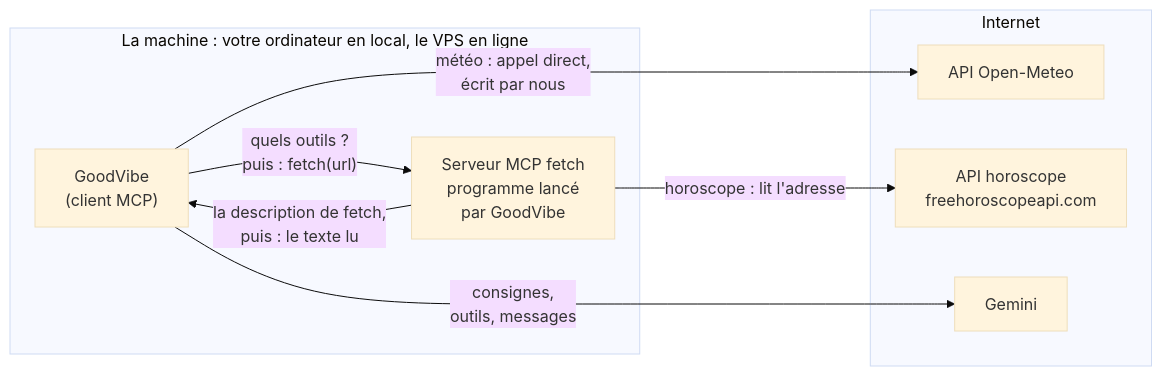
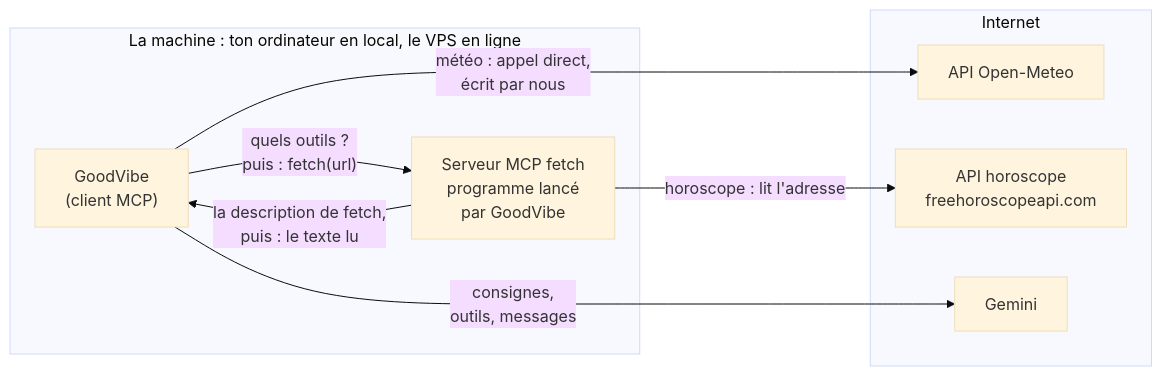
One commit to lecinquiemejour-code/goodvibe-tuto changed the fourth of 42 diagrams in tuto-goodvibe-vibecoding.md. Above: the diagram before and after it, drawn with Mermaid (base theme). The commit also changed other lines of this file, not shown here.

````diff
--- a/tuto-goodvibe-vibecoding.md
+++ b/tuto-goodvibe-vibecoding.md
@@ -405,17 +405,17 @@
 ```mermaid
 flowchart LR
-    subgraph M["La machine : votre ordinateur en local, le VPS en ligne"]
+    subgraph M["La machine : ton ordinateur en local, le VPS en ligne"]
         C["GoodVibe<br/>(client MCP)"]
         S["Serveur MCP fetch<br/>programme lancé<br/>par GoodVibe"]
         C -- "quels outils ?<br/>puis : fetch(url)" --> S
         S -- "la description de fetch,<br/>puis : le texte lu" --> C
     end
     subgraph I["Internet"]
         OM["API Open-Meteo"]
         API["API horoscope<br/>freehoroscopeapi.com"]
         G["Gemini"]
     end
     C -- "météo : appel direct,<br/>écrit par nous" --> OM
     S -- "horoscope : lit l'adresse" --> API
     C -- "consignes,<br/>outils, messages" --> G
 ```
````
